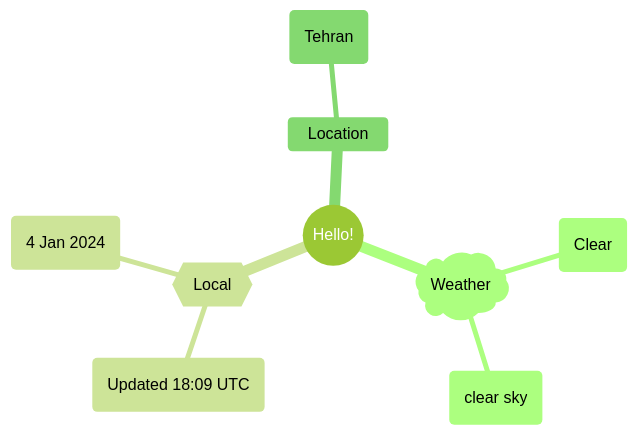
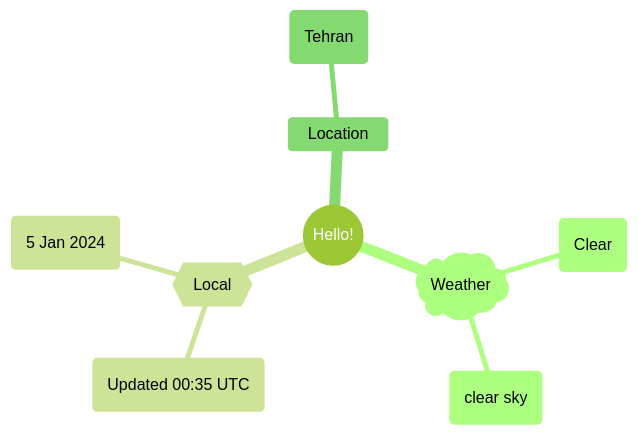
The first of 2 diagrams in README.md (Xosrov/Xosrov), drawn with Mermaid (forest theme) before and after one commit.

Commit message:
[bot] updated images

````diff
--- a/README.md
+++ b/README.md
@@ -3,12 +3,12 @@
 ```mermaid
 mindmap
   root((Hello!))
     )Weather(
         (Clear)
         (clear sky)
     {{Local}}
-        (Updated 18:09 UTC)
-        (4 Jan 2024)
+        (Updated 00:35 UTC)
+        (5 Jan 2024)
     Location
         (Tehran)
 ```
````
